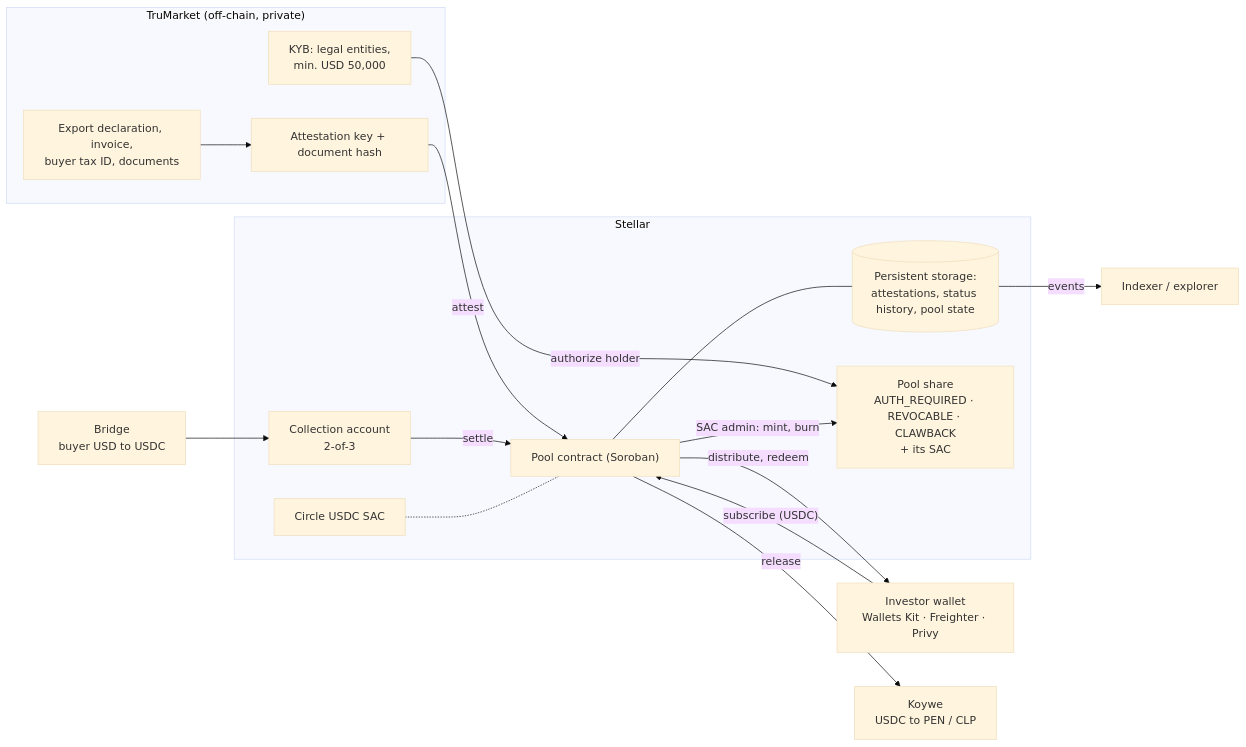
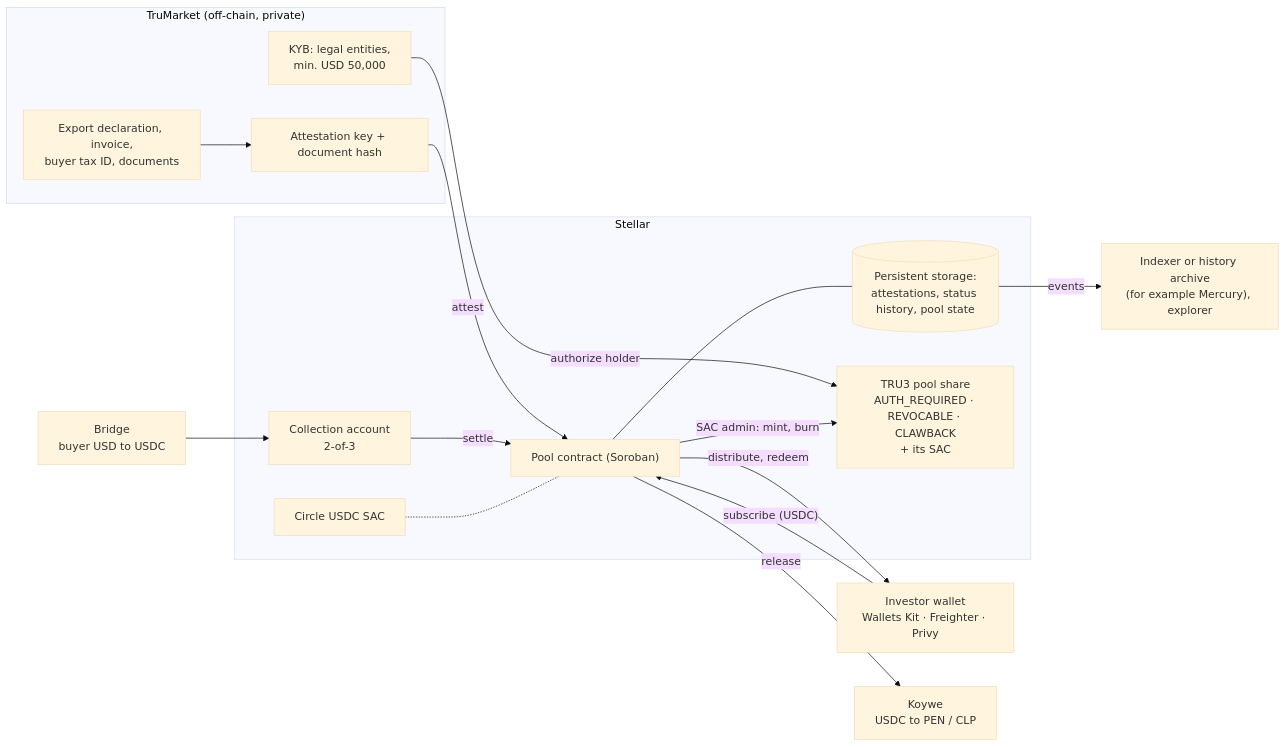
The diagram in docs/figures/system.mmd (AgroSmart-Contracts/Proof-Of-Trading), drawn with Mermaid (base theme) before and after one commit. The commit also changed 12 other files, not shown here.

Commit message:
docs: name the pool share TRU3 (1 TRU3 = USD 1, issued by the receivables-portfolio SPV); indexer named only as an indexer or history archive

```diff
--- a/docs/figures/system.mmd
+++ b/docs/figures/system.mmd
@@ -1,31 +1,31 @@
 %% System overview: the pilot pool on Stellar (design for Tranche 1; the testnet record is the v0.2 prototype)
 flowchart LR
   subgraph TM["TruMarket (off-chain, private)"]
     DOC["Export declaration, invoice,<br/>buyer tax ID, documents"] --> KEY["Attestation key + document hash"]
     KYB["KYB: legal entities,<br/>min. USD 50,000"]
   end
 
   subgraph ST["Stellar"]
     PC["Pool contract (Soroban)"]
     RS[("Persistent storage:<br/>attestations, status history, pool state")]
-    SH["Pool share<br/>AUTH_REQUIRED · REVOCABLE · CLAWBACK<br/>+ its SAC"]
+    SH["TRU3 pool share<br/>AUTH_REQUIRED · REVOCABLE · CLAWBACK<br/>+ its SAC"]
     USDC["Circle USDC SAC"]
     COL["Collection account<br/>2-of-3"]
   end
 
   INV["Investor wallet<br/>Wallets Kit · Freighter · Privy"]
   BR["Bridge<br/>buyer USD to USDC"]
   KOY["Koywe<br/>USDC to PEN / CLP"]
-  VER["Indexer / explorer"]
+  VER["Indexer or history archive<br/>(for example Mercury), explorer"]
 
   KEY -- "attest" --> PC
   PC --- RS
   KYB -- "authorize holder" --> SH
   PC -- "SAC admin: mint, burn" --> SH
   INV -- "subscribe (USDC)" --> PC
   PC -- "release" --> KOY
   BR --> COL
   COL -- "settle" --> PC
   PC -- "distribute, redeem" --> INV
   USDC -.- PC
   RS -- "events" --> VER
```
